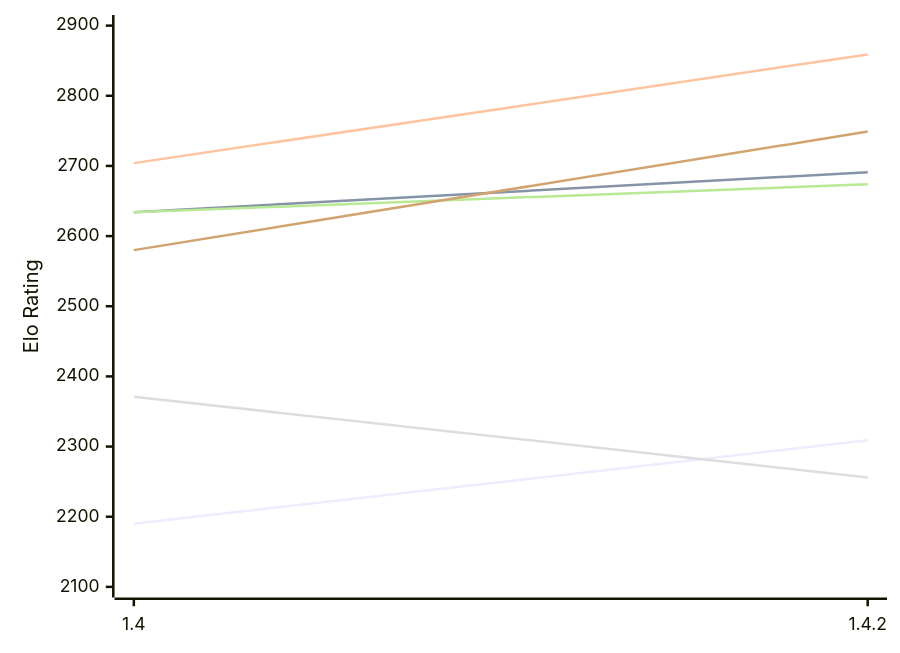
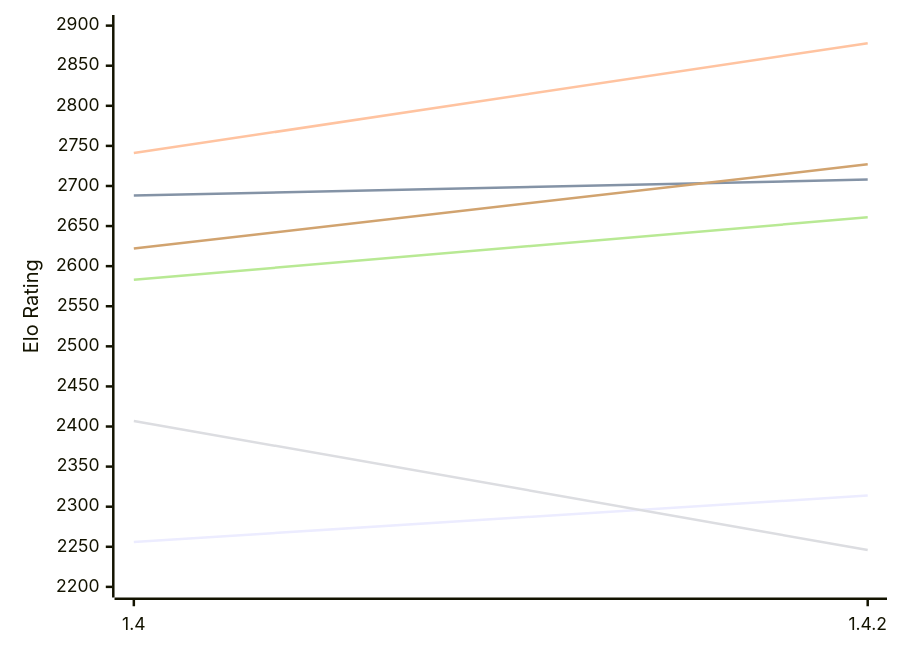
Before and after one commit to computer-chess-index/cci: the first of 2 diagrams in engines/Spike.md, drawn with Mermaid. The commit also changed other lines of this file, not shown here.

Commit message:
Update CCI Ratings (ELO VLTC) - 2026-11-14

````diff
--- a/engines/Spike.md
+++ b/engines/Spike.md
@@ -50,12 +50,12 @@
 ```mermaid
 %%{init: {"theme":"base","themeVariables":{"seriesColors:['#a3a3a3','#222221','#faa371']}}}%%
 xychart-beta
   x-axis ["1.4", "1.4.2"]
-  y-axis "Elo Rating" 2100 --> 2900
-  line "E1: STC (8.0+0.08s)" [2190, 2309]
-  line "E1: LTC (60.0+0.60s)" [2634, 2691]
-  line "E1: VLTC (2m24s+1.12s)" [2704, 2859]
-  line "P1: STC (8.0+0.08s)" [2371, 2256]
-  line "P1: LTC (60.0+0.60s)" [2634, 2674]
-  line "P1: VLTC (2m24s+1.12s)" [2580, 2749]
+  y-axis "Elo Rating" 2200 --> 2900
+  line "E1: STC (8.0+0.08s)" [2256, 2314]
+  line "E1: LTC (60.0+0.60s)" [2688, 2708]
+  line "E1: VLTC (2m24s+1.12s)" [2741, 2878]
+  line "P1: STC (8.0+0.08s)" [2407, 2246]
+  line "P1: LTC (60.0+0.60s)" [2583, 2661]
+  line "P1: VLTC (2m24s+1.12s)" [2622, 2727]
 ```
````
